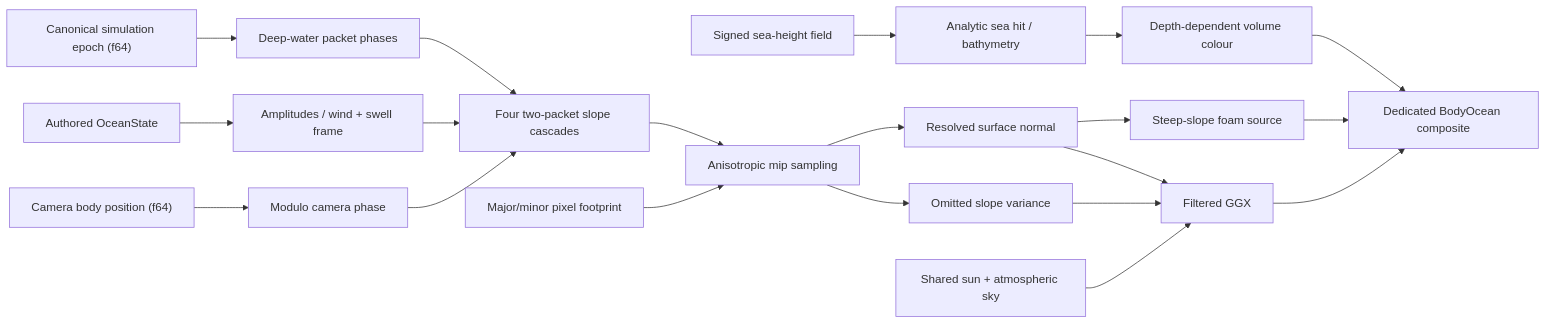
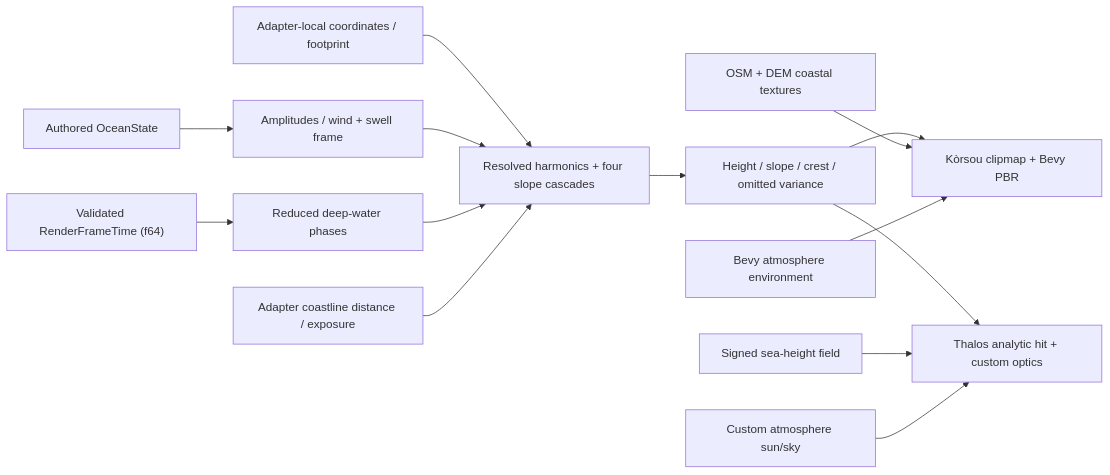
Before and after one commit to korbindeman/thalos: the diagram in docs/rendering/ocean.md, drawn with Mermaid. The commit also changed other lines of this file and 335 other files, not shown here.

````diff
--- a/docs/rendering/ocean.md
+++ b/docs/rendering/ocean.md
@@ -67,22 +80,16 @@
 ```mermaid
 flowchart LR
   State["Authored OceanState"] --> Projection["Amplitudes / wind + swell frame"]
-  Clock["Canonical simulation epoch (f64)"] --> Dispersion["Deep-water packet phases"]
-  Camera["Camera body position (f64)"] --> Phase["Modulo camera phase"]
-  Sea["Signed sea-height field"] --> Hit["Analytic sea hit / bathymetry"]
-  Phase --> Waves["Four two-packet slope cascades"]
+  Clock["Validated RenderFrameTime (f64)"] --> Dispersion["Reduced deep-water phases"]
+  Camera["Adapter-local coordinates / footprint"] --> Waves["Resolved harmonics + four slope cascades"]
   Projection --> Waves
   Dispersion --> Waves
-  Footprint["Major/minor pixel footprint"] --> Mips["Anisotropic mip sampling"]
-  Waves --> Mips
-  Mips --> Variance["Omitted slope variance"]
-  Mips --> Normal["Resolved surface normal"]
-  Variance --> BRDF["Filtered GGX"]
-  Atmos["Shared sun + atmospheric sky"] --> BRDF
-  Hit --> Volume["Depth-dependent volume colour"]
-  Normal --> BRDF
-  Normal --> Foam["Steep-slope foam source"]
-  BRDF --> Composite["Dedicated BodyOcean composite"]
-  Volume --> Composite
-  Foam --> Composite
+  Coast["Adapter coastline distance / exposure"] --> Waves
+  Waves --> Shared["Height / slope / crest / omitted variance"]
+  Shared --> Planar["Kòrsou clipmap + Bevy PBR"]
+  Shared --> Planetary["Thalos analytic hit + custom optics"]
+  KorsouCoast["OSM + DEM coastal textures"] --> Planar
+  ThalosSea["Signed sea-height field"] --> Planetary
+  BevySky["Bevy atmosphere environment"] --> Planar
+  ThalosSky["Custom atmosphere sun/sky"] --> Planetary
 ```
````
